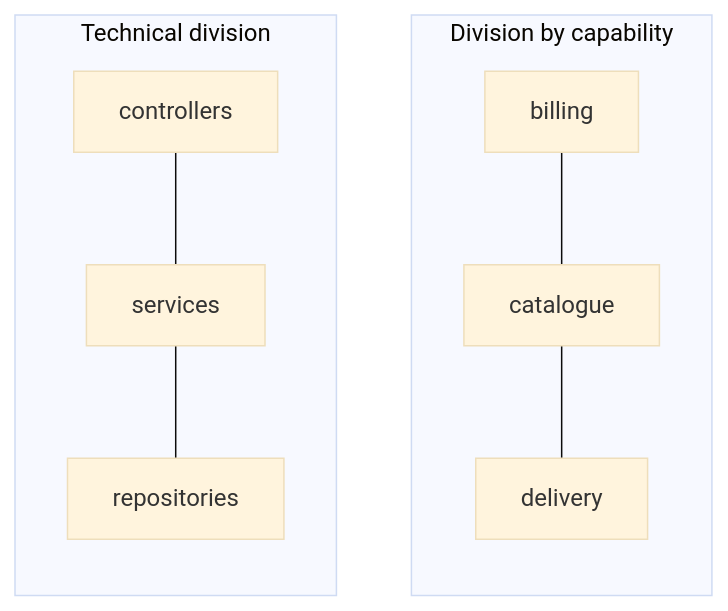
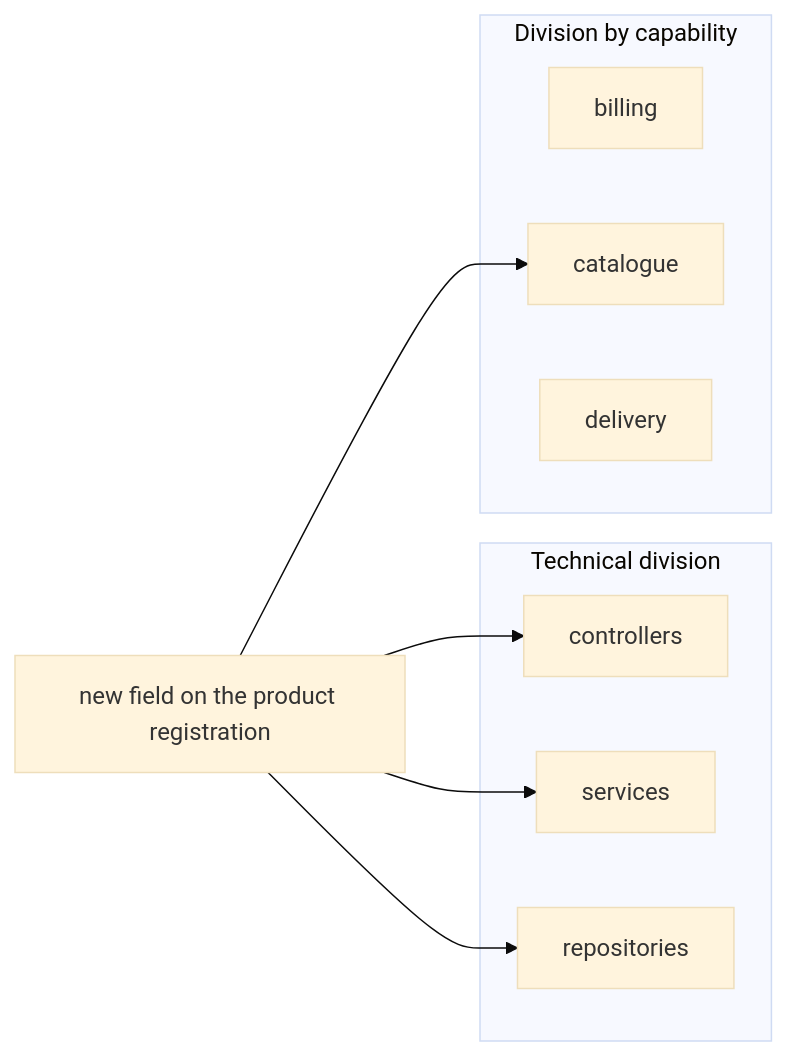
One commit to oadcavalcante/software-architecture-mastery changed the diagram in i18n/en-US/docusaurus-plugin-content-docs/current/01-fundamentals/modularity.md. Above: the diagram before and after it, drawn with Mermaid (base theme). The commit also changed other lines of this file and 21 other files, not shown here.

````diff
--- a/i18n/en-US/docusaurus-plugin-content-docs/current/01-fundamentals/modularity.md
+++ b/i18n/en-US/docusaurus-plugin-content-docs/current/01-fundamentals/modularity.md
@@ -76,11 +82,18 @@
 ```mermaid
-graph TB
+graph LR
+  M[new field on the product registration]
+  subgraph T[Technical division]
+    A[controllers]
+    B[services]
+    C[repositories]
+  end
   subgraph N[Division by capability]
-    direction TB
-    E[billing] --- F[catalogue] --- G[delivery]
+    E[billing]
+    F[catalogue]
+    G[delivery]
   end
-  subgraph T[Technical division]
-    direction TB
-    A[controllers] --- B[services] --- C[repositories]
-  end
+  M --> A
+  M --> B
+  M --> C
+  M --> F
 ```
````
